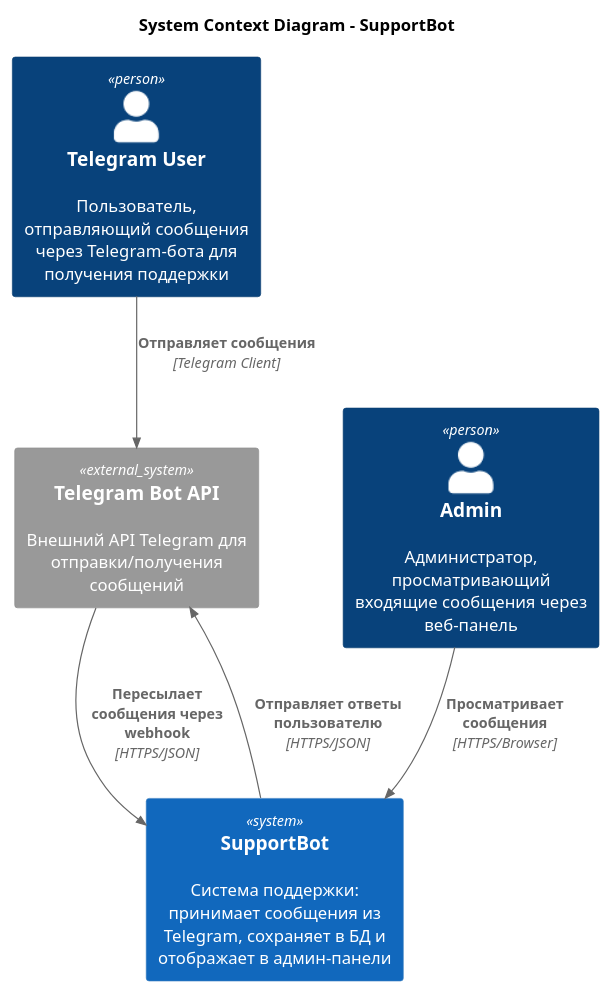
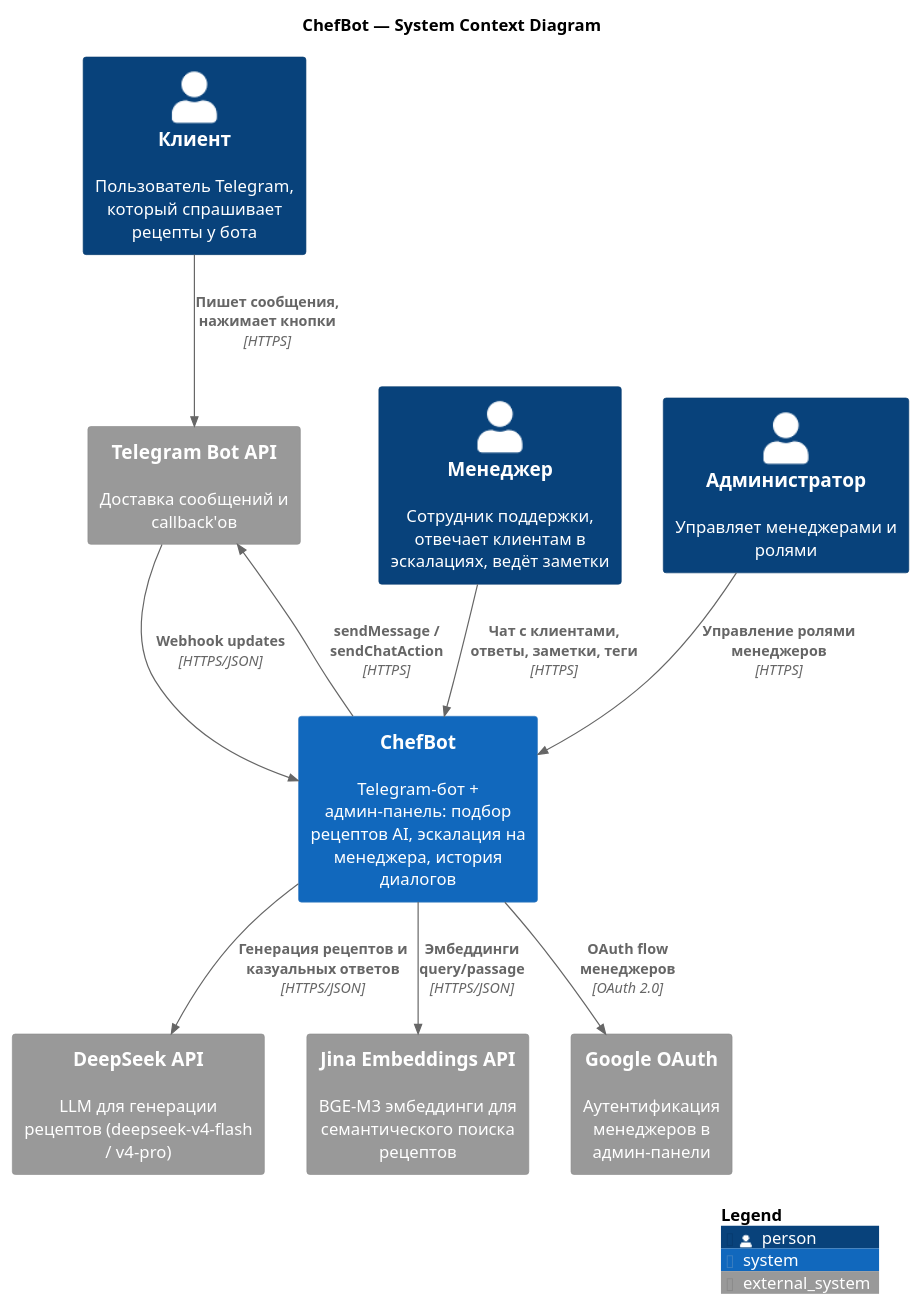
One commit to Uladzislau25/vibecoding changed the diagram in docs/c4-context.puml. Above: the diagram before and after it, drawn with PlantUML. The commit also changed 7 other files, not shown here.

Commit message:
docs(architecture): regenerate C4, ERD, sequence diagrams and add SRS

```diff
--- a/docs/c4-context.puml
+++ b/docs/c4-context.puml
@@ -1,18 +1,29 @@
-@startuml C4_Context
+@startuml C4-Context
 !include https://raw.githubusercontent.com/plantuml-stdlib/C4-PlantUML/master/C4_Context.puml
 
-title System Context Diagram - SupportBot
+title ChefBot — System Context Diagram
 
-Person(telegram_user, "Telegram User", "Пользователь, отправляющий сообщения через Telegram-бота для получения поддержки")
-Person(admin, "Admin", "Администратор, просматривающий входящие сообщения через веб-панель")
+Person(client, "Клиент", "Пользователь Telegram, который спрашивает рецепты у бота")
+Person(manager, "Менеджер", "Сотрудник поддержки, отвечает клиентам в эскалациях, ведёт заметки")
+Person(admin, "Администратор", "Управляет менеджерами и ролями")
 
-System(supportbot, "SupportBot", "Система поддержки: принимает сообщения из Telegram, сохраняет в БД и отображает в админ-панели")
+System(chefbot, "ChefBot", "Telegram-бот + админ-панель: подбор рецептов AI, эскалация на менеджера, история диалогов")
 
-System_Ext(telegram_api, "Telegram Bot API", "Внешний API Telegram для отправки/получения сообщений")
+System_Ext(telegram, "Telegram Bot API", "Доставка сообщений и callback'ов")
+System_Ext(deepseek, "DeepSeek API", "LLM для генерации рецептов (deepseek-v4-flash / v4-pro)")
+System_Ext(jina, "Jina Embeddings API", "BGE-M3 эмбеддинги для семантического поиска рецептов")
+System_Ext(google, "Google OAuth", "Аутентификация менеджеров в админ-панели")
 
-Rel(telegram_user, telegram_api, "Отправляет сообщения", "Telegram Client")
-Rel(telegram_api, supportbot, "Пересылает сообщения через webhook", "HTTPS/JSON")
-Rel(supportbot, telegram_api, "Отправляет ответы пользователю", "HTTPS/JSON")
-Rel(admin, supportbot, "Просматривает сообщения", "HTTPS/Browser")
+Rel(client, telegram, "Пишет сообщения, нажимает кнопки", "HTTPS")
+Rel(telegram, chefbot, "Webhook updates", "HTTPS/JSON")
+Rel(chefbot, telegram, "sendMessage / sendChatAction", "HTTPS")
 
+Rel(manager, chefbot, "Чат с клиентами, ответы, заметки, теги", "HTTPS")
+Rel(admin, chefbot, "Управление ролями менеджеров", "HTTPS")
+
+Rel(chefbot, deepseek, "Генерация рецептов и казуальных ответов", "HTTPS/JSON")
+Rel(chefbot, jina, "Эмбеддинги query/passage", "HTTPS/JSON")
+Rel(chefbot, google, "OAuth flow менеджеров", "OAuth 2.0")
+
+SHOW_LEGEND()
 @enduml
```
